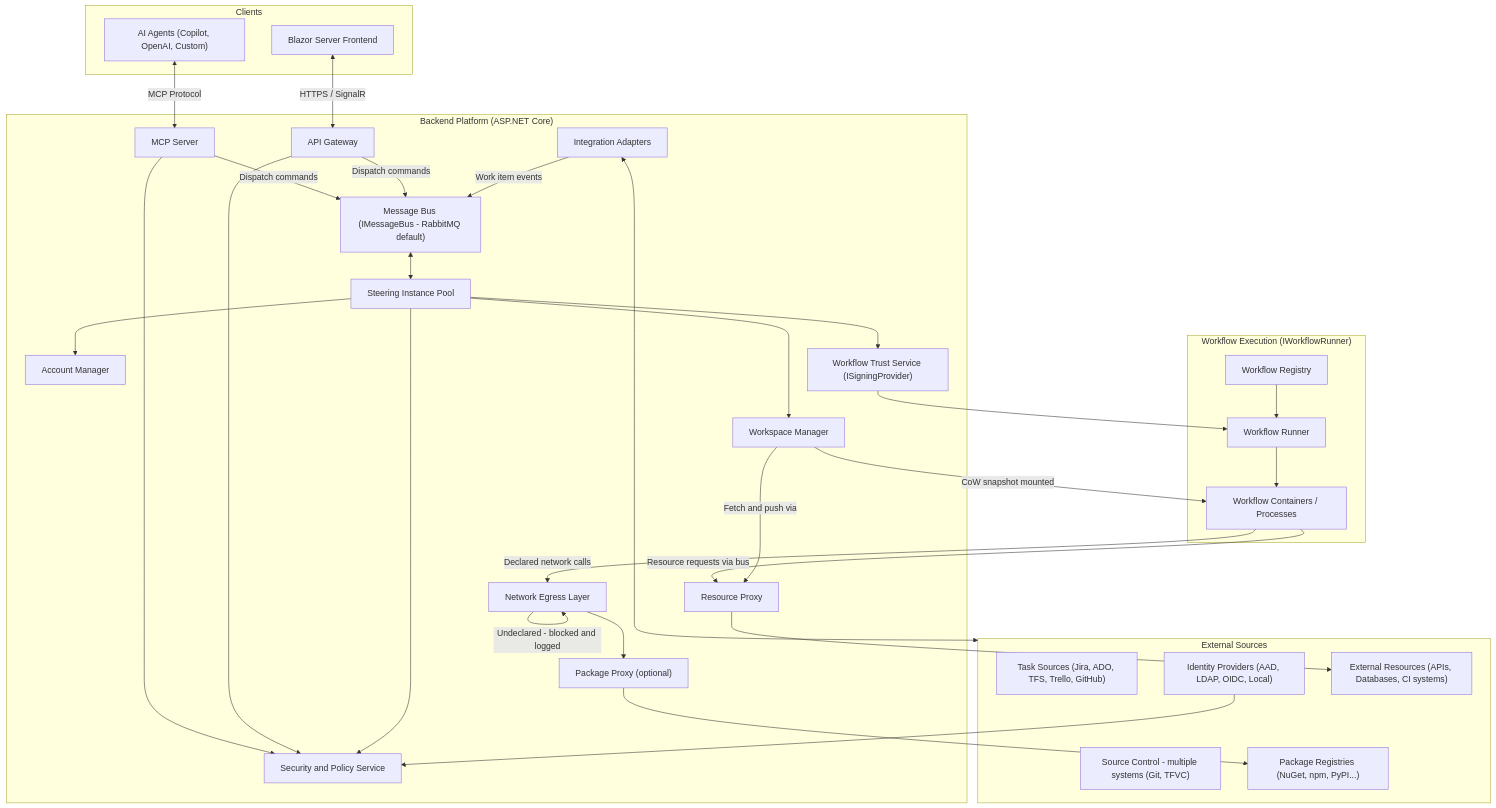
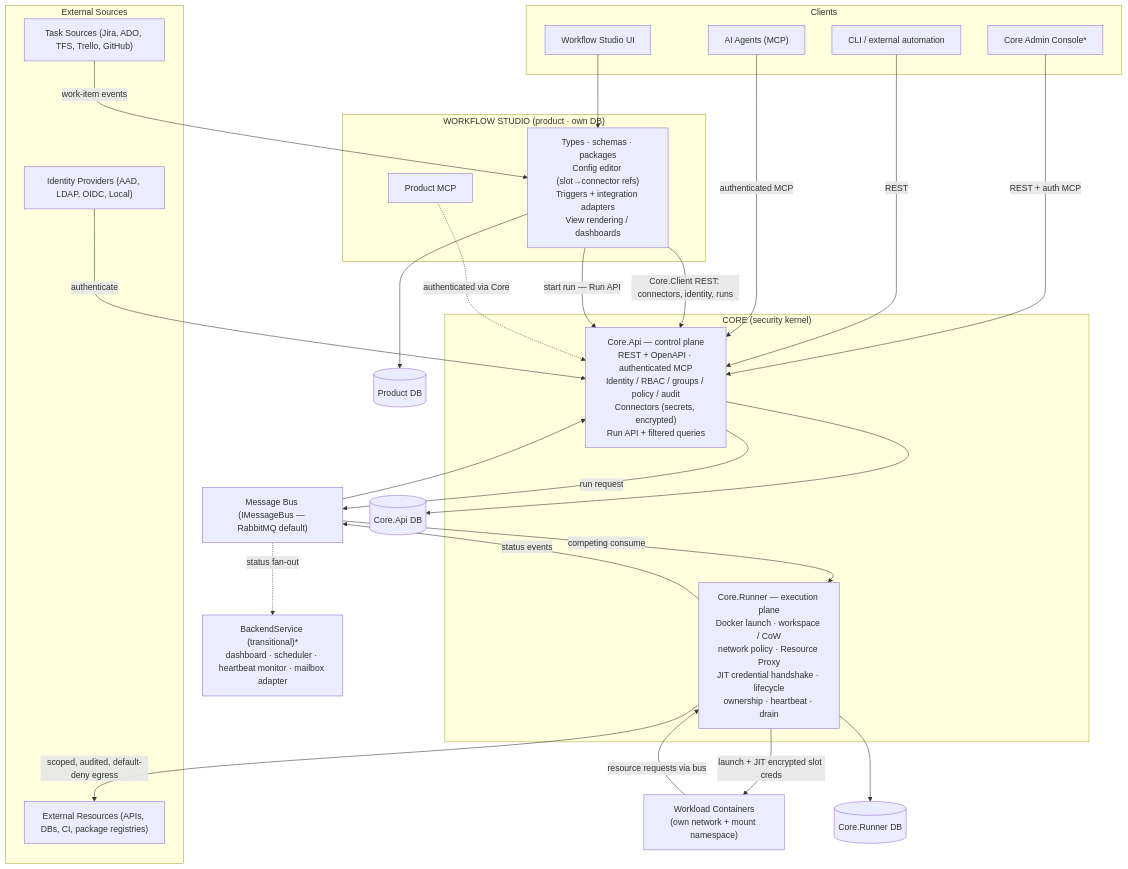
One commit to FelixKlakow/Auxilia changed the first of 13 diagrams in ARCHITECTURE.md. Above: the diagram before and after it, drawn with Mermaid. The commit also changed other lines of this file and 4 other files, not shown here.

First line of the commit message:
docs: rewrite ARCHITECTURE to the three-deployable model

````diff
--- a/ARCHITECTURE.md
+++ b/ARCHITECTURE.md
@@ -62,58 +75,52 @@
 ```mermaid
 graph TB
     subgraph Sources["External Sources"]
         TASKS["Task Sources (Jira, ADO, TFS, Trello, GitHub)"]
-        SC["Source Control - multiple systems (Git, TFVC)"]
         IDP["Identity Providers (AAD, LDAP, OIDC, Local)"]
-        EXT["External Resources (APIs, Databases, CI systems)"]
-        PKG_REG["Package Registries (NuGet, npm, PyPI...)"]
+        EXT["External Resources (APIs, DBs, CI, package registries)"]
     end
     subgraph Clients["Clients"]
-        UI["Blazor Server Frontend"]
-        AI["AI Agents (Copilot, OpenAI, Custom)"]
+        ADMIN["Core Admin Console*"]
+        STUDIOUI["Workflow Studio UI"]
+        AI["AI Agents (MCP)"]
+        CLI["CLI / external automation"]
     end
-    subgraph Backend["Backend Platform (ASP.NET Core)"]
-        GW["API Gateway"]
-        MCP["MCP Server"]
-        SEC["Security and Policy Service"]
-        ACCT["Account Manager"]
-        SIGNING["Workflow Trust Service (ISigningProvider)"]
-        ADAPTERS["Integration Adapters"]
-        PROXY["Resource Proxy"]
-        WM["Workspace Manager"]
-        NET["Network Egress Layer"]
-        PKG_PROXY["Package Proxy (optional)"]
-        BUS["Message Bus (IMessageBus - RabbitMQ default)"]
-        SI["Steering Instance Pool"]
+    subgraph Product["WORKFLOW STUDIO (product · own DB)"]
+        PROD["Types · schemas · packages\nConfig editor (slot→connector refs)\nTriggers + integration adapters\nView rendering / dashboards"]
+        PRODMCP["Product MCP"]
     end
-    subgraph Execution["Workflow Execution (IWorkflowRunner)"]
-        WR["Workflow Runner"]
-        REG["Workflow Registry"]
-        WF["Workflow Containers / Processes"]
+    subgraph Core["CORE (security kernel)"]
+        API["Core.Api — control plane\nREST + OpenAPI · authenticated MCP\nIdentity / RBAC / groups / policy / audit\nConnectors (secrets, encrypted)\nRun API + filtered queries"]
+        RUNNER["Core.Runner — execution plane\nDocker launch · workspace / CoW\nnetwork policy · Resource Proxy\nJIT credential handshake · lifecycle\nownership · heartbeat · drain"]
     end
-    UI <-->|HTTPS / SignalR| GW
-    AI <-->|MCP Protocol| MCP
-    MCP --> SEC
-    GW --> SEC
-    MCP -->|Dispatch commands| BUS
-    GW -->|Dispatch commands| BUS
-    ADAPTERS -->|Work item events| BUS
-    BUS <--> SI
-    SI --> SEC
-    SI --> ACCT
-    SI --> SIGNING
-    SI --> WM
-    WM -->|CoW snapshot mounted| WF
-    WF -->|Resource requests via bus| PROXY
-    WF -->|Declared network calls| NET
-    NET --> PKG_PROXY
-    NET -->|Undeclared - blocked and logged| NET
-    PKG_PROXY --> PKG_REG
-    PROXY --> EXT
-    WM -->|Fetch and push via| PROXY
-    SIGNING --> WR
-    REG --> WR
-    WR --> WF
-    ADAPTERS <--> Sources
-    IDP --> SEC
+    WF["Workload Containers\n(own network + mount namespace)"]
+    BE["BackendService (transitional)*\ndashboard · scheduler · heartbeat monitor · mailbox adapter"]
+    BUS["Message Bus (IMessageBus — RabbitMQ default)"]
+    COREDB[("Core.Api DB")]
+    RUNDB[("Core.Runner DB")]
+    PRODDB[("Product DB")]
+
+    ADMIN -->|REST + auth MCP| API
+    CLI -->|REST| API
+    AI -->|authenticated MCP| API
+    STUDIOUI --> PROD
+    PROD -->|Core.Client REST: connectors, identity, runs| API
+    PROD -->|start run — Run API| API
+    PRODMCP -.->|authenticated via Core| API
+    TASKS -->|work-item events| PROD
+    IDP -->|authenticate| API
+
+    API -->|run request| BUS
+    BUS -->|competing consume| RUNNER
+    RUNNER -->|status events| BUS
+    BUS --> API
+    BUS -.->|status fan-out| BE
+
+    RUNNER -->|launch + JIT encrypted slot creds| WF
+    WF -->|resource requests via bus| RUNNER
+    RUNNER -->|scoped, audited, default-deny egress| EXT
+
+    API --> COREDB
+    RUNNER --> RUNDB
+    PROD --> PRODDB
 ```
````
